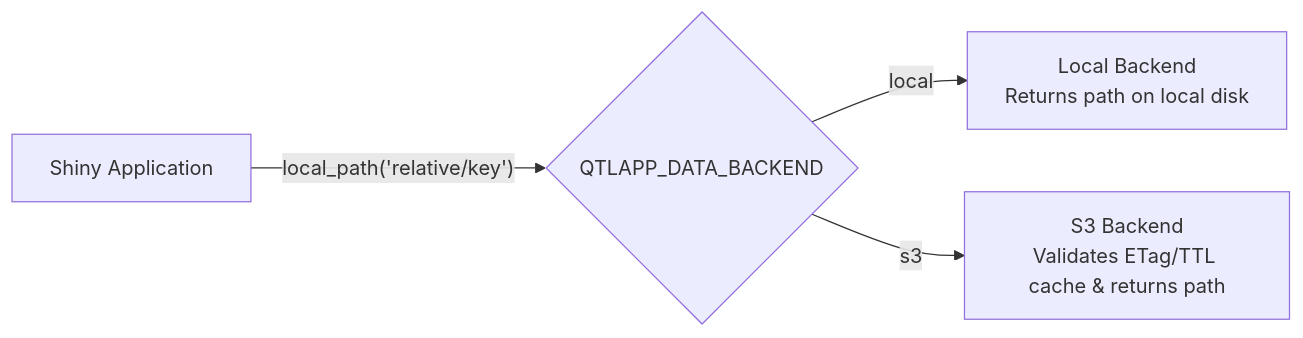
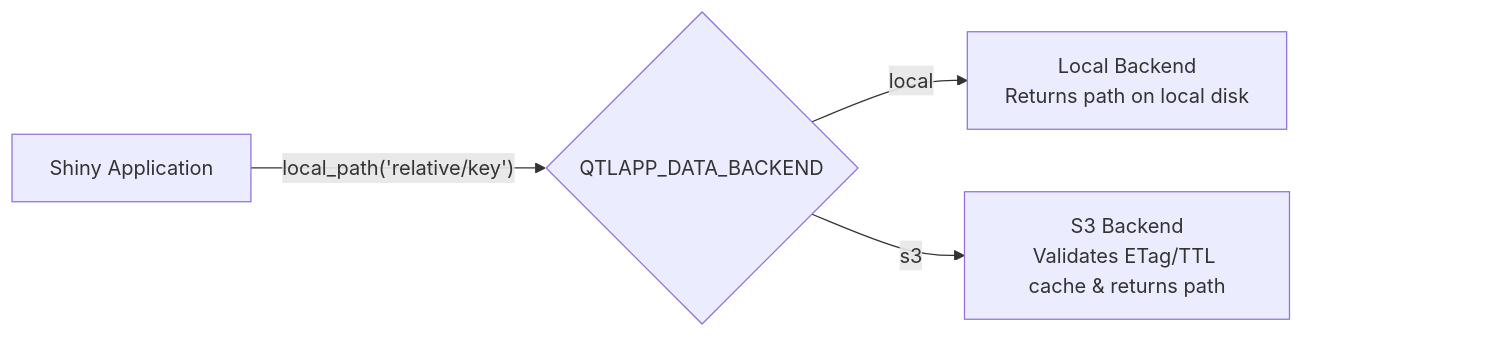
One commit to AttieLab-Systems-Genetics/AttieLab-QTL-Viewer changed the diagram in DEVELOPER.md. Above: the diagram before and after it, drawn with Mermaid. The commit also changed other lines of this file, not shown here.

````diff
--- a/DEVELOPER.md
+++ b/DEVELOPER.md
@@ -41,6 +41,8 @@
 ```mermaid
 flowchart LR
     App["Shiny Application"] -->|"local_path('relative/key')"| Choice{QTLAPP_DATA_BACKEND}
     Choice -->|local| Local["Local Backend<br/>Returns path on local disk"]
     Choice -->|s3| S3["S3 Backend<br/>Validates ETag/TTL cache & returns path"]
+    S3 ~~~ Spacer["&nbsp;&nbsp;&nbsp;&nbsp;&nbsp;&nbsp;&nbsp;&nbsp;&nbsp;&nbsp;"]
+    style Spacer fill:none,stroke:none;
 ```
````
